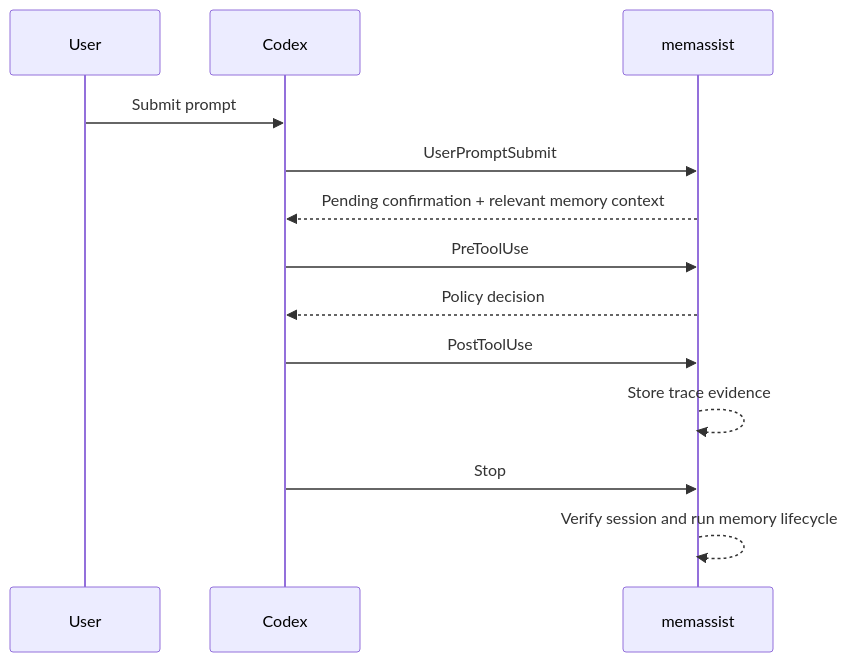
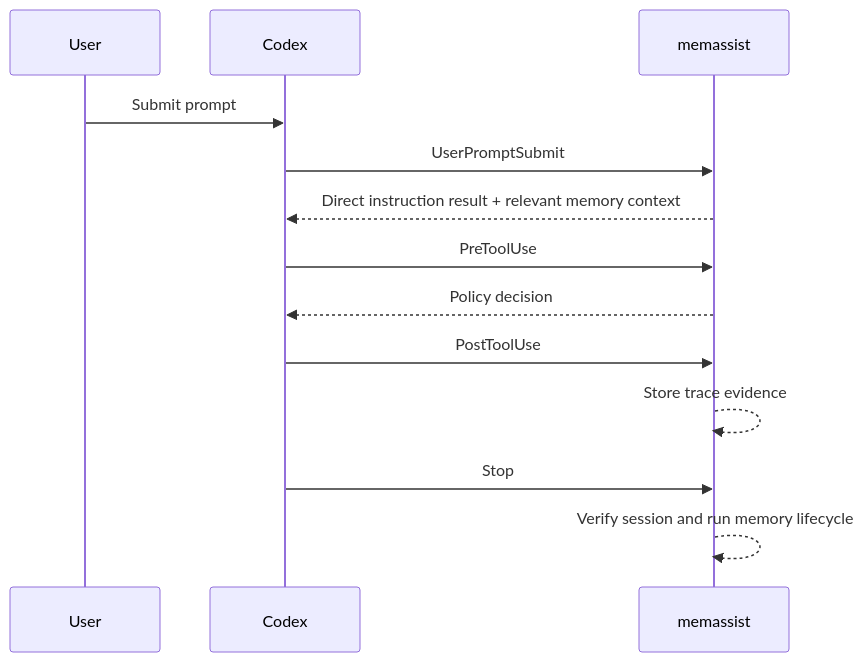
Before and after one commit to lteawoo/MemAssist: the second of 5 diagrams in README.md, drawn with Mermaid. The commit also changed other lines of this file and 9 other files, not shown here.

````diff
--- a/README.md
+++ b/README.md
@@ -125,16 +121,16 @@
 ```mermaid
 sequenceDiagram
     participant U as User
     participant C as Codex
     participant M as memassist
 
     U->>C: Submit prompt
     C->>M: UserPromptSubmit
-    M-->>C: Pending confirmation + relevant memory context
+    M-->>C: Direct instruction result + relevant memory context
     C->>M: PreToolUse
     M-->>C: Policy decision
     C->>M: PostToolUse
     M-->>M: Store trace evidence
     C->>M: Stop
     M-->>M: Verify session and run memory lifecycle
 ```
````
